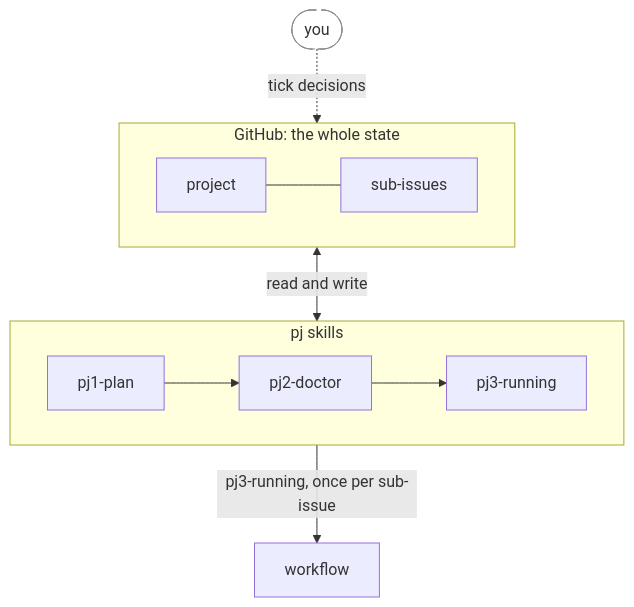
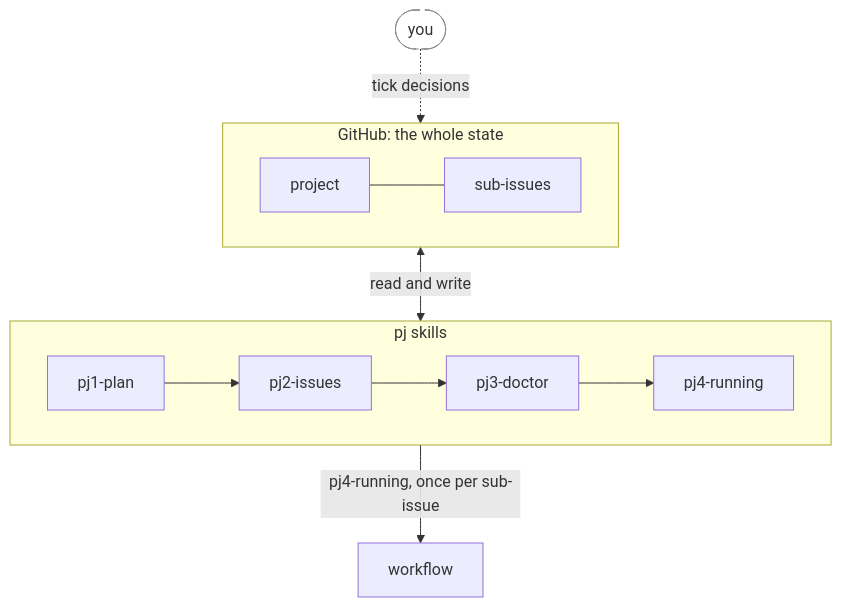
Before and after one commit to annetaan/claude-plugins: the first of 4 diagrams in plugins/annetaan/README.md, drawn with Mermaid. The commit also changed other lines of this file and 21 other files, not shown here.

First line of the commit message:
feat: split pj1-plan into project planning and pj2-issues (#35)

````diff
--- a/plugins/annetaan/README.md
+++ b/plugins/annetaan/README.md
@@ -61,18 +64,18 @@
 ```mermaid
 flowchart TB
     you(["you"])
     subgraph gh["GitHub: the whole state"]
         direction LR
         project["project"] --- subs["sub-issues"]
     end
     subgraph pj["pj skills"]
         direction LR
-        plan["pj1-plan"] --> doctor["pj2-doctor"] --> running["pj3-running"]
+        plan["pj1-plan"] --> issues["pj2-issues"] --> doctor["pj3-doctor"] --> running["pj4-running"]
     end
     wf["workflow"]
     you -.->|"tick decisions"| gh
     gh <-->|"read and write"| pj
-    pj -->|"pj3-running, once per sub-issue"| wf
+    pj -->|"pj4-running, once per sub-issue"| wf
     classDef human fill:#fff,stroke:#888,stroke-dasharray: 5 5
     class you human
 ```
````
